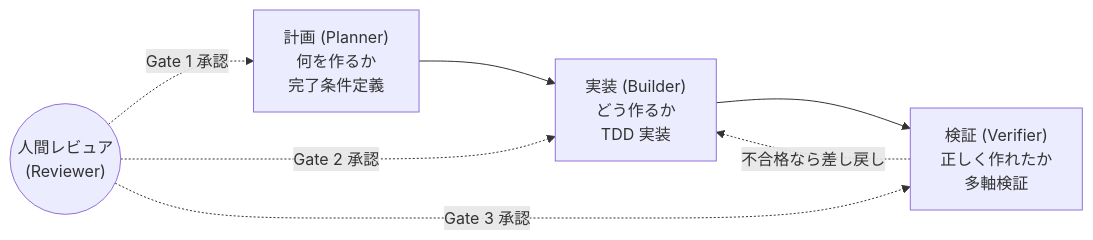
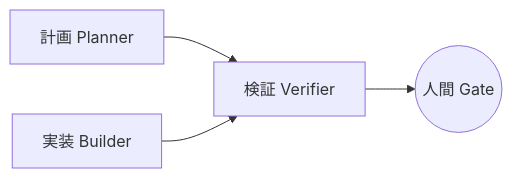
The diagram in docs/guideline/roles.md (dazoyee/fundanalyzer), drawn with Mermaid before and after one commit. The commit also changed other lines of this file and 13 other files, not shown here.

````diff
--- a/docs/guideline/roles.md
+++ b/docs/guideline/roles.md
@@ -11,13 +11,6 @@
 ```mermaid
 flowchart LR
-    P["計画 (Planner)<br/>何を作るか<br/>完了条件定義"]
-    B["実装 (Builder)<br/>どう作るか<br/>TDD 実装"]
-    V["検証 (Verifier)<br/>正しく作れたか<br/>多軸検証"]
-    R(("人間レビュア<br/>(Reviewer)"))
-
-    P --> B --> V
-    V -. 不合格なら差し戻し .-> B
-    R -. Gate 1 承認 .-> P
-    R -. Gate 2 承認 .-> B
-    R -. Gate 3 承認 .-> V
+    P[計画 Planner] --> V[検証 Verifier]
+    B[実装 Builder] --> V
+    V --> R((人間 Gate))
 ```
````
